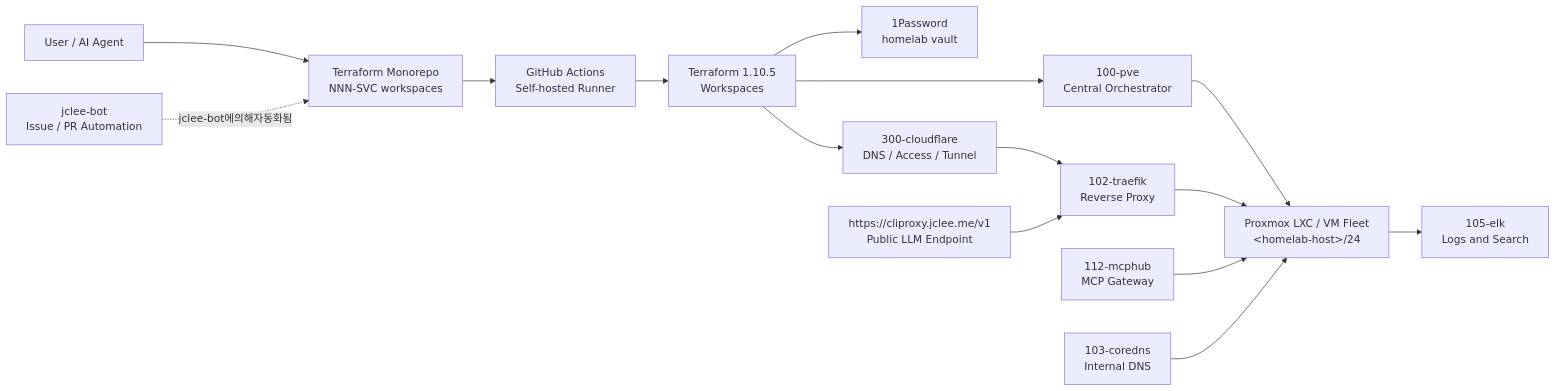
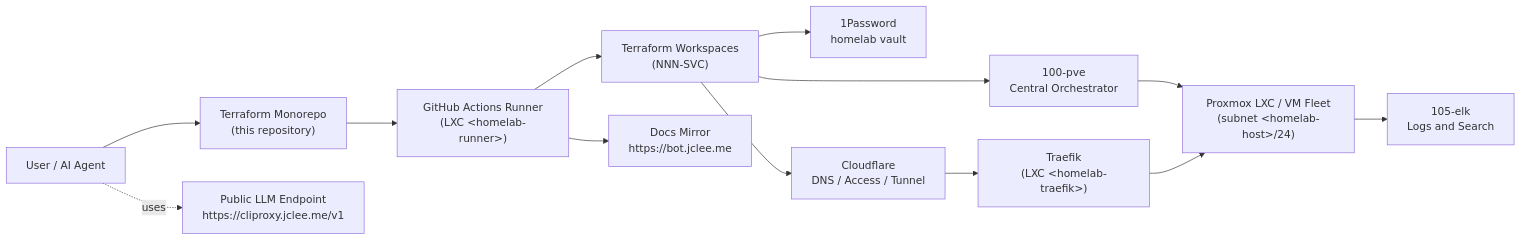
The first of 2 diagrams in README.md (jclee941/terraform), drawn with Mermaid before and after one commit. The commit also changed other lines of this file, not shown here.

````diff
--- a/README.md
+++ b/README.md
@@ -54,17 +55,15 @@
 ```mermaid
 flowchart LR
-  Agent["User / AI Agent"] --> Repo["Terraform Monorepo<br/>NNN-SVC workspaces"]
-  Repo --> CI["GitHub Actions<br/>Self-hosted Runner"]
-  CI --> TF["Terraform 1.10.5<br/>Workspaces"]
+  Agent["User / AI Agent"] --> Repo["Terraform Monorepo<br/>(this repository)"]
+  Repo --> CI["GitHub Actions Runner<br/>(LXC &lt;homelab-runner&gt;)"]
+  CI --> TF["Terraform Workspaces<br/>(NNN-SVC)"]
   TF --> PVE["100-pve<br/>Central Orchestrator"]
-  PVE --> Fleet["Proxmox LXC / VM Fleet<br/>&lt;homelab-host&gt;/24"]
+  PVE --> Fleet["Proxmox LXC / VM Fleet<br/>(subnet &lt;homelab-host&gt;/24)"]
   TF --> OP["1Password<br/>homelab vault"]
-  TF --> CF["300-cloudflare<br/>DNS / Access / Tunnel"]
+  TF --> CF["Cloudflare<br/>DNS / Access / Tunnel"]
   Fleet --> ELK["105-elk<br/>Logs and Search"]
-  CF --> Traefik["102-traefik<br/>Reverse Proxy"]
+  CF --> Traefik["Traefik<br/>(LXC &lt;homelab-traefik&gt;)"]
   Traefik --> Fleet
-  MCPHub["112-mcphub<br/>MCP Gateway"] --> Fleet
-  CoreDNS["103-coredns<br/>Internal DNS"] --> Fleet
-  Public["https://cliproxy.jclee.me/v1<br/>Public LLM Endpoint"] --> Traefik
-  Bot["jclee-bot<br/>Issue / PR Automation"] -.->|jclee-bot에의해자동화됨| Repo
+  CI --> DocMirror["Docs Mirror<br/>https://bot.jclee.me"]
+  Agent -.uses.-> Public["Public LLM Endpoint<br/>https://cliproxy.jclee.me/v1"]
 ```
````
